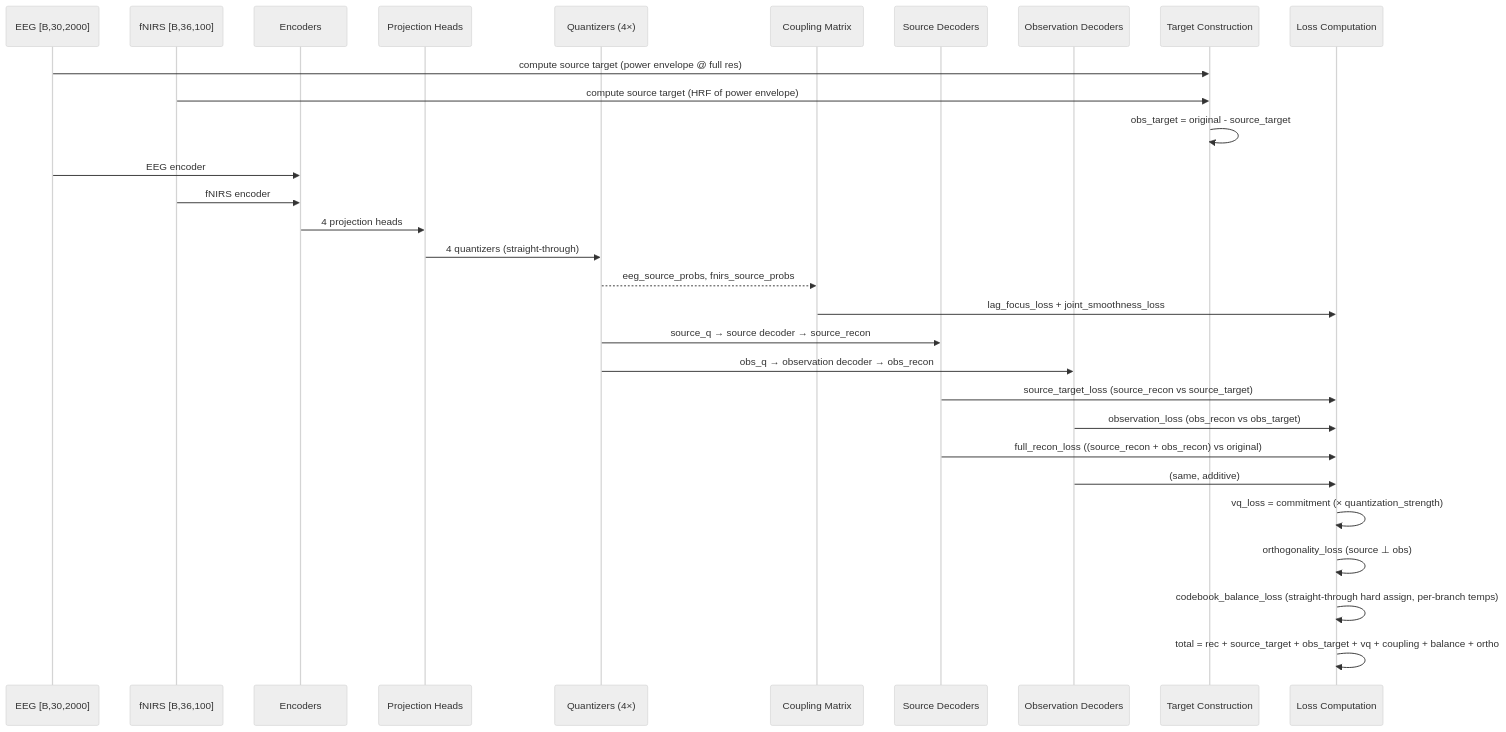
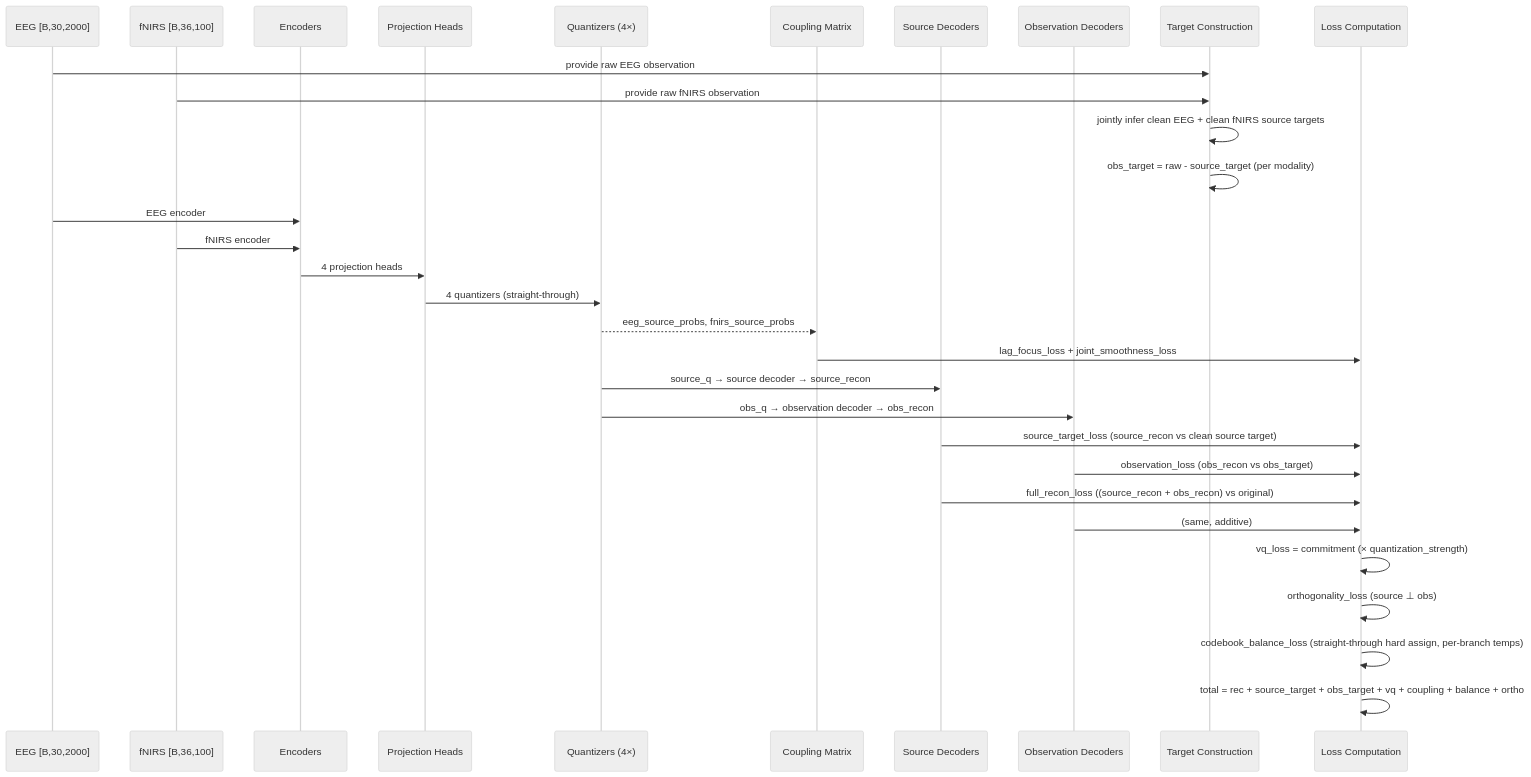
Before and after one commit to Kevin65536/PID-MCM: the second of 3 diagrams in docs/ARCHITECTURE.md, drawn with Mermaid (neutral theme). The commit also changed other lines of this file and 11 other files, not shown here.

Commit message:
totally remove outdated source/observation branch target design from all documents

````diff
--- a/docs/ARCHITECTURE.md
+++ b/docs/ARCHITECTURE.md
@@ -126,38 +152,39 @@
 ```mermaid
 sequenceDiagram
     participant EEG as EEG [B,30,2000]
     participant fNIRS as fNIRS [B,36,100]
     participant Enc as Encoders
     participant Proj as Projection Heads
     participant Quant as Quantizers (4×)
     participant Coup as Coupling Matrix
     participant DecS as Source Decoders
     participant DecO as Observation Decoders
     participant Target as Target Construction
     participant Loss as Loss Computation
 
-    EEG->>Target: compute source target (power envelope @ full res)
-    fNIRS->>Target: compute source target (HRF of power envelope)
-    Target->>Target: obs_target = original - source_target
+    EEG->>Target: provide raw EEG observation
+    fNIRS->>Target: provide raw fNIRS observation
+    Target->>Target: jointly infer clean EEG + clean fNIRS source targets
+    Target->>Target: obs_target = raw - source_target (per modality)
 
     EEG->>Enc: EEG encoder
     fNIRS->>Enc: fNIRS encoder
     Enc->>Proj: 4 projection heads
     Proj->>Quant: 4 quantizers (straight-through)
 
     Quant-->>Coup: eeg_source_probs, fnirs_source_probs
     Coup->>Loss: lag_focus_loss + joint_smoothness_loss
 
     Quant->>DecS: source_q → source decoder → source_recon
     Quant->>DecO: obs_q → observation decoder → obs_recon
 
-    DecS->>Loss: source_target_loss (source_recon vs source_target)
+    DecS->>Loss: source_target_loss (source_recon vs clean source target)
     DecO->>Loss: observation_loss (obs_recon vs obs_target)
     DecS->>Loss: full_recon_loss ((source_recon + obs_recon) vs original)
     DecO->>Loss: (same, additive)
 
     Loss->>Loss: vq_loss = commitment (× quantization_strength)
     Loss->>Loss: orthogonality_loss (source ⊥ obs)
     Loss->>Loss: codebook_balance_loss (straight-through hard assign, per-branch temps)
     Loss->>Loss: total = rec + source_target + obs_target + vq + coupling + balance + ortho
 ```
````
